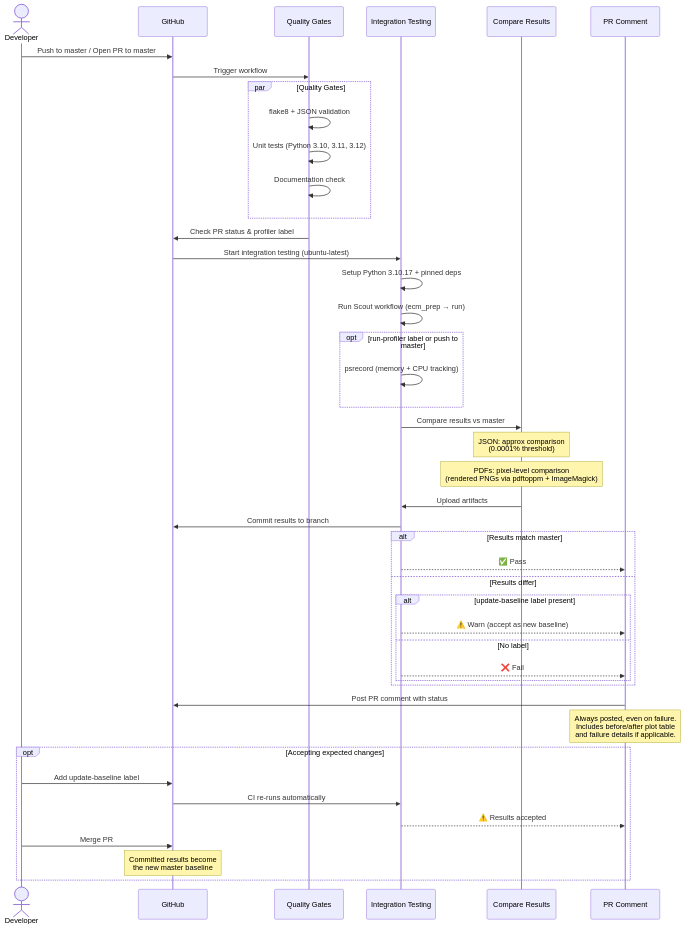
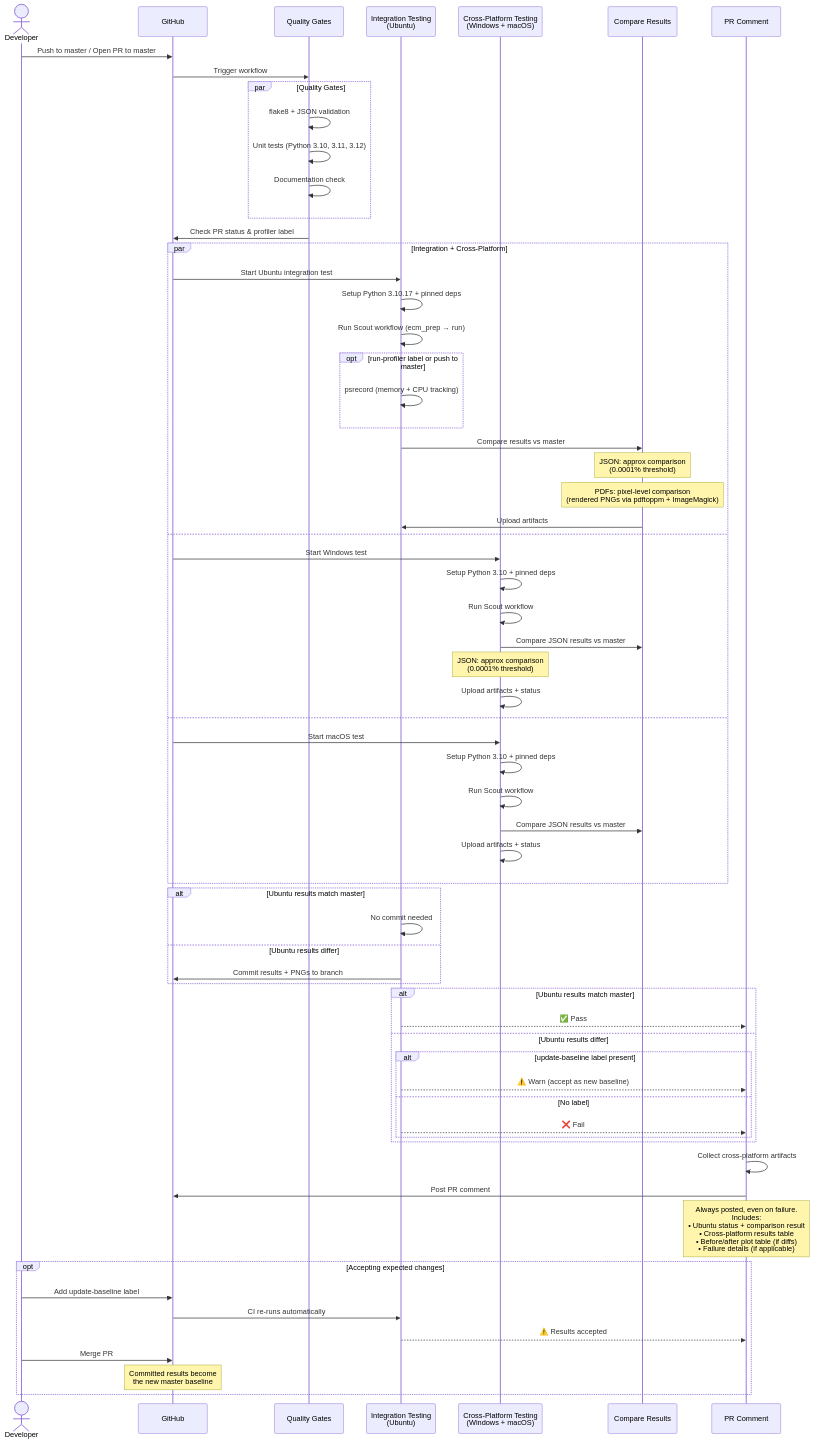
Before and after one commit to trynthink/scout: the diagram in .github/CI_CD.md, drawn with Mermaid. The commit also changed other lines of this file, not shown here.

Commit message:
Update CI/CD diagram and docs to include cross-platform testing

````diff
--- a/.github/CI_CD.md
+++ b/.github/CI_CD.md
@@ -5,56 +5,79 @@
 ```mermaid
 sequenceDiagram
     actor Dev as Developer
     participant GH as GitHub
     participant QG as Quality Gates
-    participant IT as Integration Testing
+    participant IT as Integration Testing<br/>(Ubuntu)
+    participant XP as Cross-Platform Testing<br/>(Windows + macOS)
     participant Cmp as Compare Results
     participant PR as PR Comment
 
     Dev->>GH: Push to master / Open PR to master
     GH->>QG: Trigger workflow
 
     par Quality Gates
         QG->>QG: flake8 + JSON validation
         QG->>QG: Unit tests (Python 3.10, 3.11, 3.12)
         QG->>QG: Documentation check
     end
 
     QG->>GH: Check PR status & profiler label
-    GH->>IT: Start integration testing (ubuntu-latest)
-    IT->>IT: Setup Python 3.10.17 + pinned deps
-    IT->>IT: Run Scout workflow (ecm_prep → run)
 
-    opt run-profiler label or push to master
-        IT->>IT: psrecord (memory + CPU tracking)
+    par Integration + Cross-Platform
+        GH->>IT: Start Ubuntu integration test
+        IT->>IT: Setup Python 3.10.17 + pinned deps
+        IT->>IT: Run Scout workflow (ecm_prep → run)
+
+        opt run-profiler label or push to master
+            IT->>IT: psrecord (memory + CPU tracking)
+        end
+
+        IT->>Cmp: Compare results vs master
+        Note over Cmp: JSON: approx comparison<br/>(0.0001% threshold)
+        Note over Cmp: PDFs: pixel-level comparison<br/>(rendered PNGs via pdftoppm + ImageMagick)
+        Cmp->>IT: Upload artifacts
+
+    and
+        GH->>XP: Start Windows test
+        XP->>XP: Setup Python 3.10 + pinned deps
+        XP->>XP: Run Scout workflow
+        XP->>Cmp: Compare JSON results vs master
+        Note over XP: JSON: approx comparison<br/>(0.0001% threshold)
+        XP->>XP: Upload artifacts + status
+
+    and
+        GH->>XP: Start macOS test
+        XP->>XP: Setup Python 3.10 + pinned deps
+        XP->>XP: Run Scout workflow
+        XP->>Cmp: Compare JSON results vs master
+        XP->>XP: Upload artifacts + status
     end
 
-    IT->>Cmp: Compare results vs master
+    alt Ubuntu results match master
+        IT->>IT: No commit needed
+    else Ubuntu results differ
+        IT->>GH: Commit results + PNGs to branch
+    end
 
-    Note over Cmp: JSON: approx comparison<br/>(0.0001% threshold)
-    Note over Cmp: PDFs: pixel-level comparison<br/>(rendered PNGs via pdftoppm + ImageMagick)
-
-    Cmp->>IT: Upload artifacts
-    IT->>GH: Commit results to branch
-
-    alt Results match master
+    alt Ubuntu results match master
         IT-->>PR: ✅ Pass
-    else Results differ
+    else Ubuntu results differ
         alt update-baseline label present
             IT-->>PR: ⚠️ Warn (accept as new baseline)
         else No label
             IT-->>PR: ❌ Fail
         end
     end
 
-    PR->>GH: Post PR comment with status
-    Note over PR: Always posted, even on failure.<br/>Includes before/after plot table<br/>and failure details if applicable.
+    PR->>PR: Collect cross-platform artifacts
+    PR->>GH: Post PR comment
+    Note over PR: Always posted, even on failure.<br/>Includes:<br/>• Ubuntu status + comparison result<br/>• Cross-platform results table<br/>• Before/after plot table (if diffs)<br/>• Failure details (if applicable)
 
     opt Accepting expected changes
         Dev->>GH: Add update-baseline label
         GH->>IT: CI re-runs automatically
         IT-->>PR: ⚠️ Results accepted
         Dev->>GH: Merge PR
         Note over GH: Committed results become<br/>the new master baseline
     end
 ```
````
